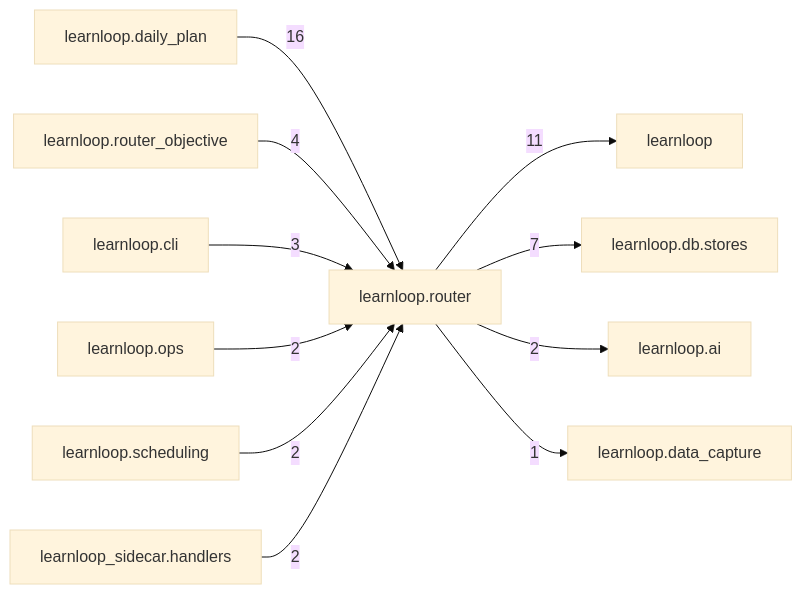
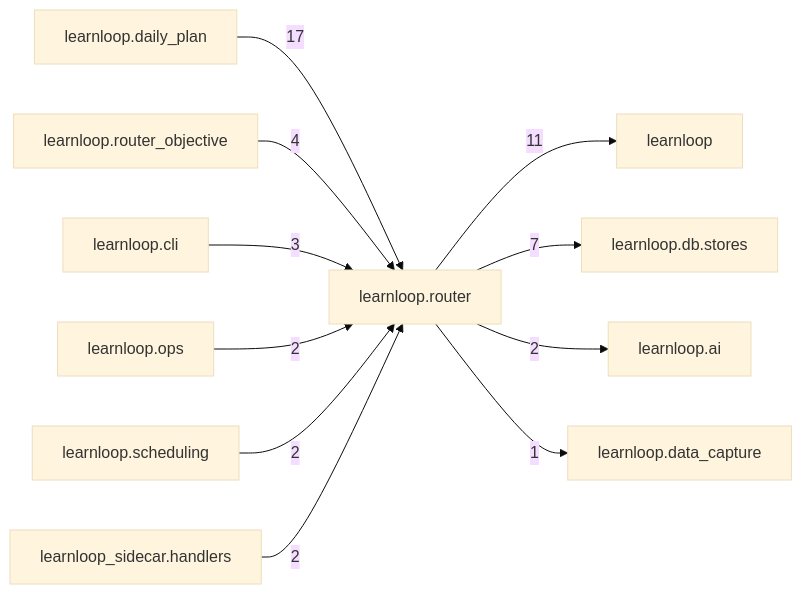
One commit to 6up-b/learnanything changed the diagram in docs/learnloop-architecture-vault/Reference/Modules/learnloop/router/_package.md. Above: the diagram before and after it, drawn with Mermaid (base theme). The commit also changed other lines of this file and 580 other files, not shown here.

````diff
--- a/docs/learnloop-architecture-vault/Reference/Modules/learnloop/router/_package.md
+++ b/docs/learnloop-architecture-vault/Reference/Modules/learnloop/router/_package.md
@@ -97,24 +97,24 @@
 ```mermaid
 flowchart LR
     center["learnloop.router"]
     n_learnloop_daily_plan["learnloop.daily_plan"]
     n_learnloop["learnloop"]
     n_learnloop_db_stores["learnloop.db.stores"]
     n_learnloop_router_objective["learnloop.router_objective"]
     n_learnloop_cli["learnloop.cli"]
     n_learnloop_ai["learnloop.ai"]
     n_learnloop_ops["learnloop.ops"]
     n_learnloop_scheduling["learnloop.scheduling"]
     n_learnloop_sidecar_handlers["learnloop_sidecar.handlers"]
     n_learnloop_data_capture["learnloop.data_capture"]
-    n_learnloop_daily_plan -->|16| center
+    n_learnloop_daily_plan -->|17| center
     center -->|11| n_learnloop
     center -->|7| n_learnloop_db_stores
     n_learnloop_router_objective -->|4| center
     n_learnloop_cli -->|3| center
     center -->|2| n_learnloop_ai
     n_learnloop_ops -->|2| center
     n_learnloop_scheduling -->|2| center
     n_learnloop_sidecar_handlers -->|2| center
     center -->|1| n_learnloop_data_capture
 ```
````
